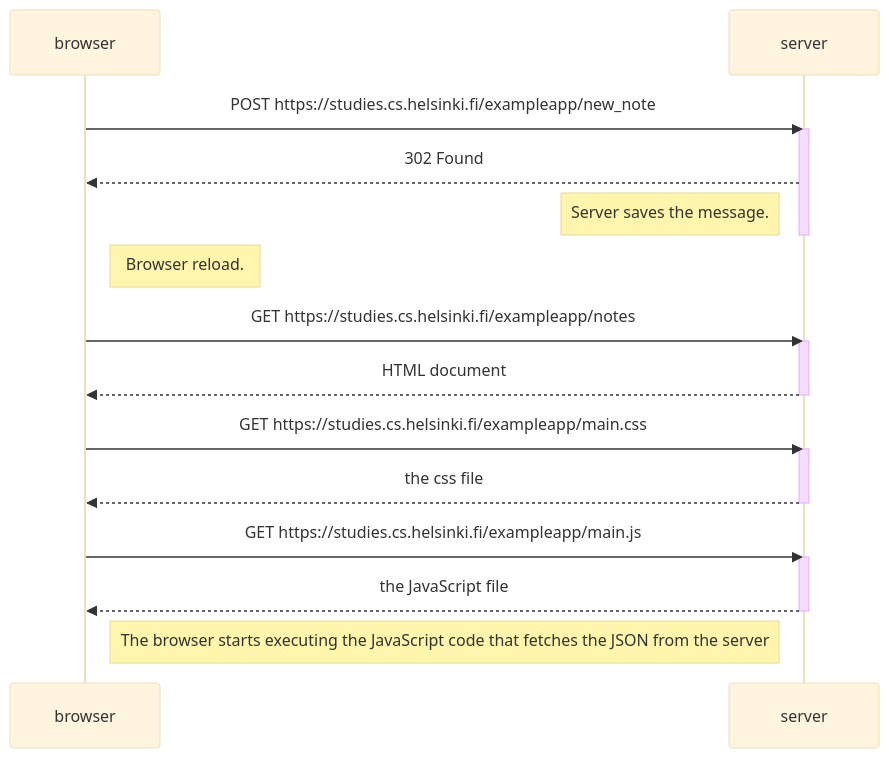
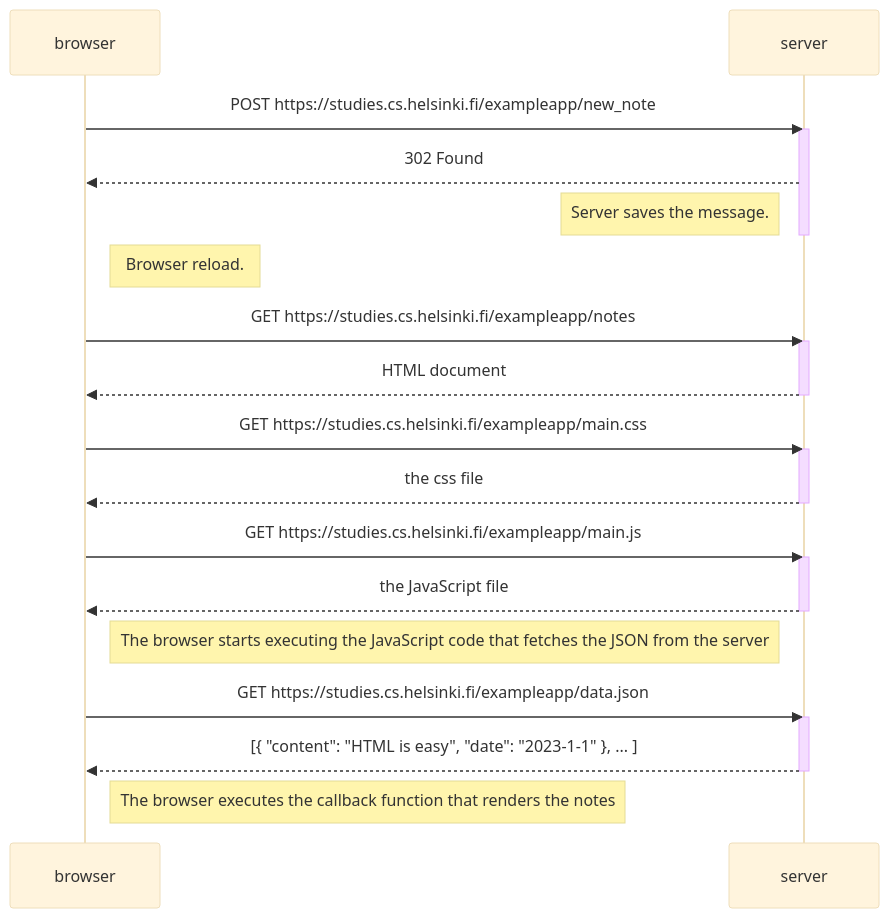
Before and after one commit to JorgSierra/FullStackOpen: the diagram in part0/0_4_NewNoteDiagram.md, drawn with Mermaid (base theme).

Commit message:
Correct closing mermaid '''

````diff
--- a/part0/0_4_NewNoteDiagram.md
+++ b/part0/0_4_NewNoteDiagram.md
@@ -1,29 +1,36 @@
 ```mermaid
 sequenceDiagram
     participant browser
     participant server
 
     browser->>server: POST https://studies.cs.helsinki.fi/exampleapp/new_note
     activate server
     server-->>browser: 302 Found 
     Note left of server: Server saves the message.
     deactivate server
     Note right of browser: Browser reload.
 
     browser->>server: GET https://studies.cs.helsinki.fi/exampleapp/notes
     activate server
     server-->>browser: HTML document
     deactivate server
 
     browser->>server: GET https://studies.cs.helsinki.fi/exampleapp/main.css
     activate server
     server-->>browser: the css file
     deactivate server
 
     browser->>server: GET https://studies.cs.helsinki.fi/exampleapp/main.js
     activate server
     server-->>browser: the JavaScript file
     deactivate server
 
     Note right of browser: The browser starts executing the JavaScript code that fetches the JSON from the server
+
+    browser->>server: GET https://studies.cs.helsinki.fi/exampleapp/data.json
+    activate server
+    server-->>browser: [{ "content": "HTML is easy", "date": "2023-1-1" }, ... ]
+    deactivate server
+
+    Note right of browser: The browser executes the callback function that renders the notes
 ```
````
